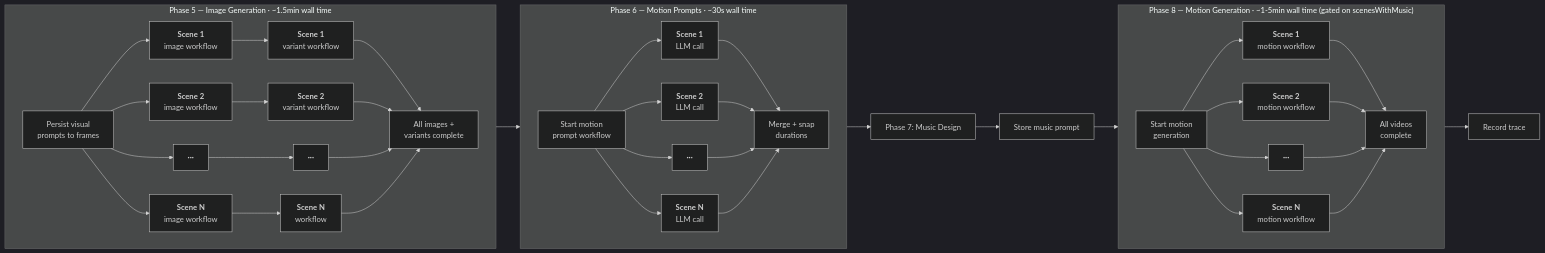
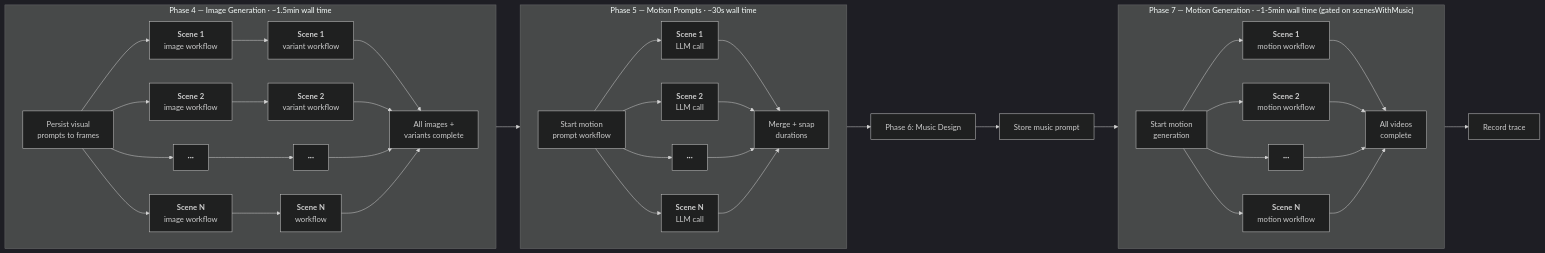
Before and after one commit to hhwjsw711/openstory: the second of 6 diagrams in docs/workflow.md, drawn with Mermaid (dark theme). The commit also changed other lines of this file and 11 other files, not shown here.

````diff
--- a/docs/workflow.md
+++ b/docs/workflow.md
@@ -100,50 +100,50 @@
 ```mermaid
 flowchart LR
-    subgraph "Phase 5 — Image Generation · ~1.5min wall time"
+    subgraph "Phase 4 — Image Generation · ~1.5min wall time"
         direction LR
         ImgFork["Persist visual<br/>prompts to frames"] --> Img1["<b>Scene 1</b><br/>image workflow"]
         ImgFork --> Img2["<b>Scene 2</b><br/>image workflow"]
         ImgFork --> ImgDots["<b>···</b>"]
         ImgFork --> ImgN["<b>Scene N</b><br/>image workflow"]
         Img1 --> Var1["<b>Scene 1</b><br/>variant workflow"]
         Img2 --> Var2["<b>Scene 2</b><br/>variant workflow"]
         ImgDots --> VarDots["<b>···</b>"]
         ImgN --> VarN["<b>Scene N</b><br/> workflow"]
         Var1 --> ImgJoin["All images +<br/>variants complete"]
         Var2 --> ImgJoin
         VarDots --> ImgJoin
         VarN --> ImgJoin
     end
 
     ImgJoin --> MPFork
 
-    subgraph "Phase 6 — Motion Prompts · ~30s wall time"
+    subgraph "Phase 5 — Motion Prompts · ~30s wall time"
         direction LR
         MPFork["Start motion<br/>prompt workflow"] --> MP1["<b>Scene 1</b><br/>LLM call"]
         MPFork --> MP2["<b>Scene 2</b><br/>LLM call"]
         MPFork --> MPDots["<b>···</b>"]
         MPFork --> MPN["<b>Scene N</b><br/>LLM call"]
         MP1 --> MPJoin["Merge + snap<br/>durations"]
         MP2 --> MPJoin
         MPDots --> MPJoin
         MPN --> MPJoin
     end
 
-    MPJoin --> MusicDesign["Phase 7: Music Design"]
+    MPJoin --> MusicDesign["Phase 6: Music Design"]
     MusicDesign --> StoreMusicPrompt["Store music prompt"]
     StoreMusicPrompt --> MotFork
 
-    subgraph "Phase 8 — Motion Generation · ~1-5min wall time (gated on scenesWithMusic)"
+    subgraph "Phase 7 — Motion Generation · ~1-5min wall time (gated on scenesWithMusic)"
         direction LR
         MotFork["Start motion<br/>generation"] --> Mot1["<b>Scene 1</b><br/>motion workflow"]
         MotFork --> Mot2["<b>Scene 2</b><br/>motion workflow"]
         MotFork --> MotDots["<b>···</b>"]
         MotFork --> MotN["<b>Scene N</b><br/>motion workflow"]
         Mot1 --> MotJoin["All videos<br/>complete"]
         Mot2 --> MotJoin
         MotDots --> MotJoin
         MotN --> MotJoin
     end
 
     MotJoin --> Done["Record trace"]
 ```
````
